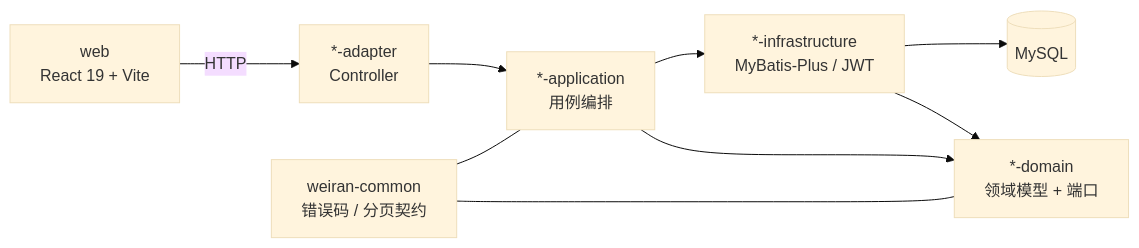
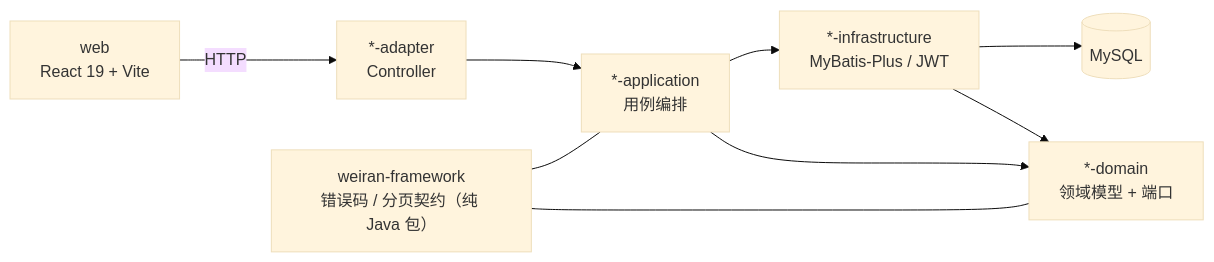
One commit to weiran-tech/weiran4j changed the diagram in openspec/schemas/devops-workflow/templates/design.md. Above: the diagram before and after it, drawn with Mermaid (base theme). The commit also changed other lines of this file and 454 other files, not shown here.

First line of the commit message:
refactor: common 并入 framework、weiran-base 改名 weiran-system（D-016）

````diff
--- a/openspec/schemas/devops-workflow/templates/design.md
+++ b/openspec/schemas/devops-workflow/templates/design.md
@@ -53,11 +53,11 @@
 ```mermaid
 flowchart LR
   Web["web<br/>React 19 + Vite"] -->|HTTP| Adapter["*-adapter<br/>Controller"]
   Adapter --> Application["*-application<br/>用例编排"]
   Application --> Domain["*-domain<br/>领域模型 + 端口"]
   Application --> Infrastructure["*-infrastructure<br/>MyBatis-Plus / JWT"]
   Infrastructure --> Domain
   Infrastructure --> DB[("MySQL")]
-  Common["weiran-common<br/>错误码 / 分页契约"] --- Domain
-  Common --- Application
+  Framework["weiran-framework<br/>错误码 / 分页契约（纯 Java 包）"] --- Domain
+  Framework --- Application
 ```
````
